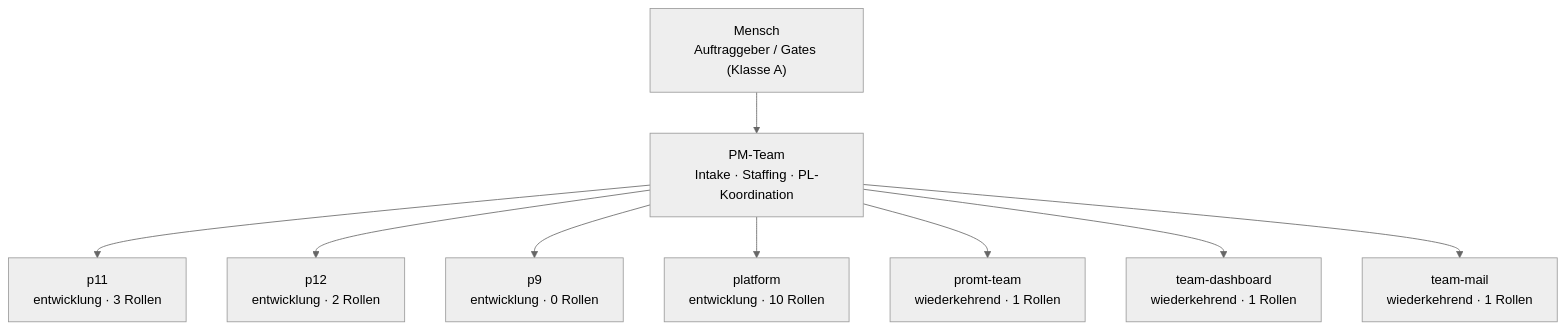
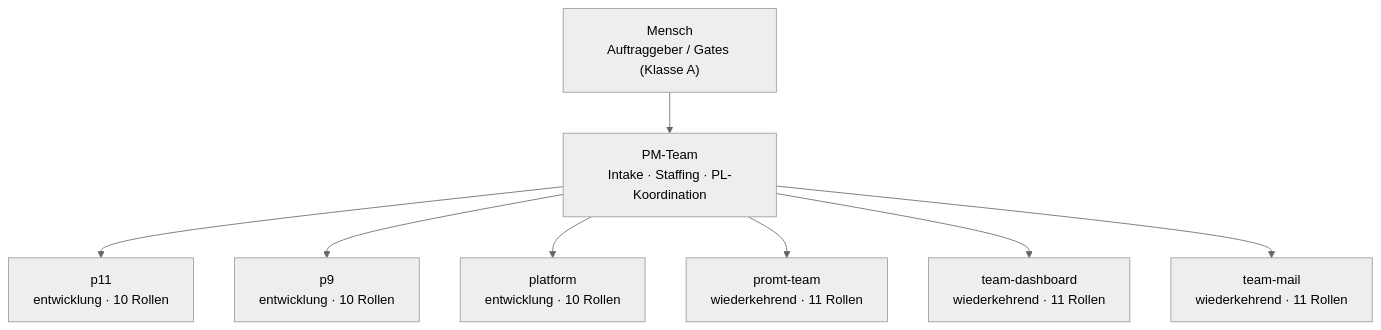
Before and after one commit to DiOflOrds/process: the diagram in ORGANIGRAMM.md, drawn with Mermaid (neutral theme). The commit also changed other lines of this file and 5 other files, not shown here.

````diff
--- a/ORGANIGRAMM.md
+++ b/ORGANIGRAMM.md
@@ -5,20 +5,18 @@
 ```mermaid
 graph TB
   MENSCH["Mensch<br/>Auftraggeber / Gates (Klasse A)"]
   PM["PM-Team<br/>Intake · Staffing · PL-Koordination"]
   MENSCH --> PM
-  p11["p11<br/>entwicklung · 3 Rollen"]
+  p11["p11<br/>entwicklung · 10 Rollen"]
   PM --> p11
-  p12["p12<br/>entwicklung · 2 Rollen"]
-  PM --> p12
-  p9["p9<br/>entwicklung · 0 Rollen"]
+  p9["p9<br/>entwicklung · 10 Rollen"]
   PM --> p9
   platform["platform<br/>entwicklung · 10 Rollen"]
   PM --> platform
-  promt_team["promt-team<br/>wiederkehrend · 1 Rollen"]
+  promt_team["promt-team<br/>wiederkehrend · 11 Rollen"]
   PM --> promt_team
-  team_dashboard["team-dashboard<br/>wiederkehrend · 1 Rollen"]
+  team_dashboard["team-dashboard<br/>wiederkehrend · 11 Rollen"]
   PM --> team_dashboard
-  team_mail["team-mail<br/>wiederkehrend · 1 Rollen"]
+  team_mail["team-mail<br/>wiederkehrend · 11 Rollen"]
   PM --> team_mail
 ```
````
